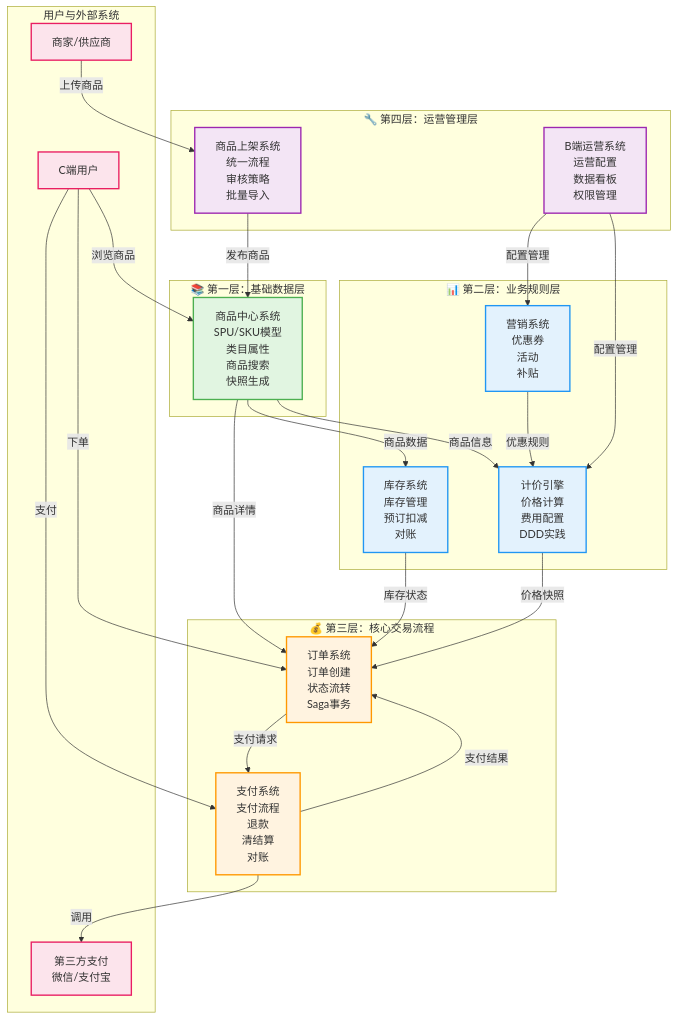
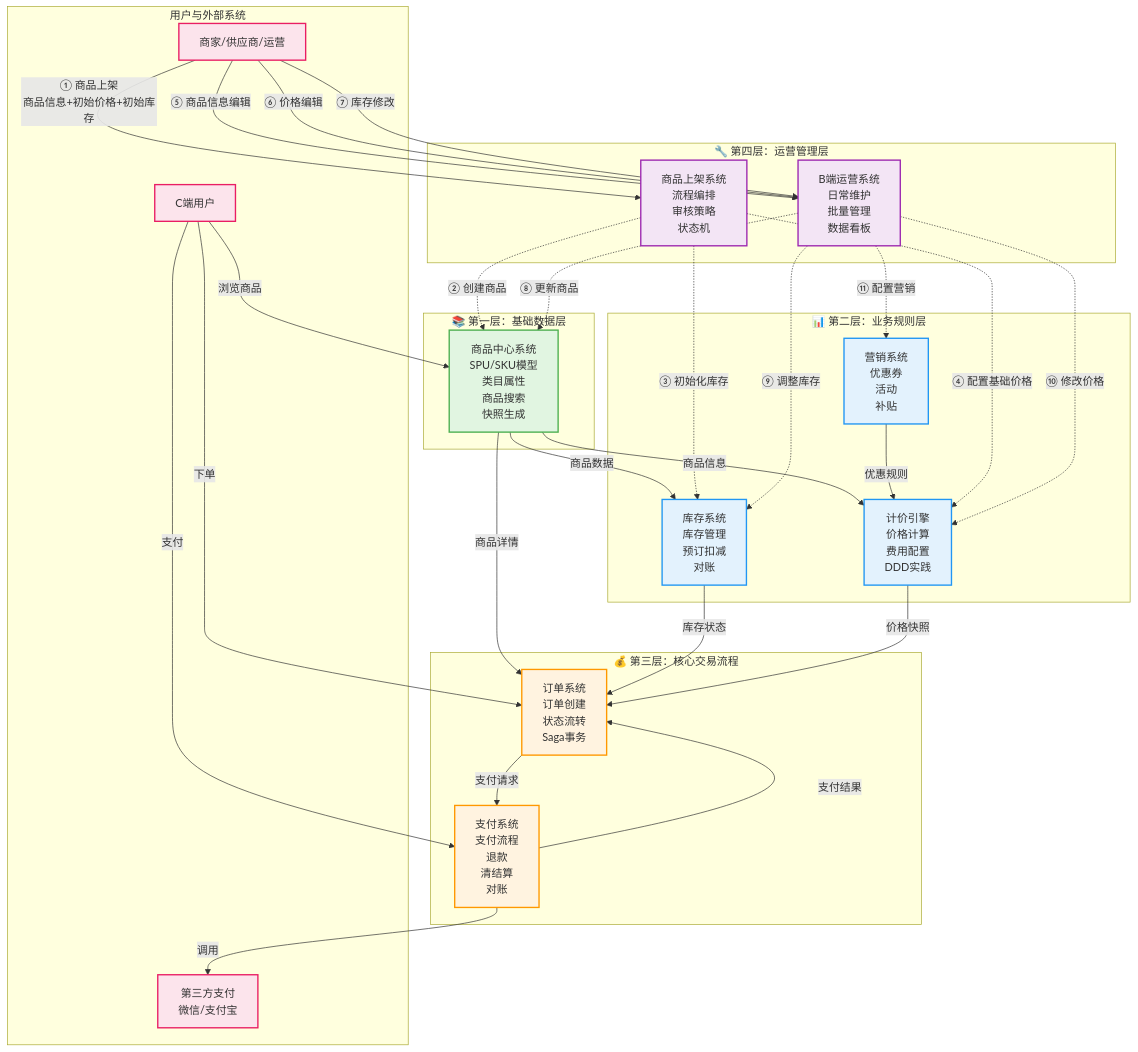
The first of 3 diagrams in source/_posts/system-design/20-ecommerce-overview.md (wxquare/wxquare.github.io), drawn with Mermaid before and after one commit. The commit also changed other lines of this file, not shown here.

First line of the commit message:
feat: 在分层架构图中集成B端商品生命周期操作流

````diff
--- a/source/_posts/system-design/20-ecommerce-overview.md
+++ b/source/_posts/system-design/20-ecommerce-overview.md
@@ -45,64 +45,72 @@
 ```mermaid
 graph TB
     subgraph Layer1[📚 第一层：基础数据层]
         PC[商品中心系统<br/>SPU/SKU模型<br/>类目属性<br/>商品搜索<br/>快照生成]
     end
     
     subgraph Layer2[📊 第二层：业务规则层]
         INV[库存系统<br/>库存管理<br/>预订扣减<br/>对账]
         MKT[营销系统<br/>优惠券<br/>活动<br/>补贴]
         PRICE[计价引擎<br/>价格计算<br/>费用配置<br/>DDD实践]
     end
     
     subgraph Layer3[💰 第三层：核心交易流程]
         ORDER[订单系统<br/>订单创建<br/>状态流转<br/>Saga事务]
         PAY[支付系统<br/>支付流程<br/>退款<br/>清结算<br/>对账]
     end
     
     subgraph Layer4[🔧 第四层：运营管理层]
-        LIST[商品上架系统<br/>统一流程<br/>审核策略<br/>批量导入]
-        OPS[B端运营系统<br/>运营配置<br/>数据看板<br/>权限管理]
+        LIST[商品上架系统<br/>流程编排<br/>审核策略<br/>状态机]
+        OPS[B端运营系统<br/>日常维护<br/>批量管理<br/>数据看板]
     end
     
     subgraph External[用户与外部系统]
         USER[C端用户]
-        MERCHANT[商家/供应商]
+        MERCHANT[商家/供应商/运营]
         THIRD[第三方支付<br/>微信/支付宝]
     end
     
-    %% 数据依赖关系
+    %% C端交易流程（蓝色实线）
     PC -->|商品数据| INV
     PC -->|商品信息| PRICE
     PC -->|商品详情| ORDER
-    
     INV -->|库存状态| ORDER
     MKT -->|优惠规则| PRICE
     PRICE -->|价格快照| ORDER
-    
     ORDER -->|支付请求| PAY
     PAY -->|支付结果| ORDER
     
-    LIST -->|发布商品| PC
-    OPS -->|配置管理| MKT
-    OPS -->|配置管理| PRICE
+    %% B端供给阶段：商品上架（橙色虚线）
+    MERCHANT -->|① 商品上架<br/>商品信息+初始价格+初始库存| LIST
+    LIST -.->|② 创建商品| PC
+    LIST -.->|③ 初始化库存| INV
+    LIST -.->|④ 配置基础价格| PRICE
     
-    %% 用户交互
-    MERCHANT -->|上传商品| LIST
+    %% B端管理阶段：日常维护（紫色虚线）
+    MERCHANT -->|⑤ 商品信息编辑| OPS
+    MERCHANT -->|⑥ 价格编辑| OPS
+    MERCHANT -->|⑦ 库存修改| OPS
+    OPS -.->|⑧ 更新商品| PC
+    OPS -.->|⑨ 调整库存| INV
+    OPS -.->|⑩ 修改价格| PRICE
+    OPS -.->|⑪ 配置营销| MKT
+    
+    %% C端用户交互
     USER -->|浏览商品| PC
     USER -->|下单| ORDER
     USER -->|支付| PAY
     PAY -->|调用| THIRD
     
     %% 样式
     classDef layer1 fill:#e1f5e1,stroke:#4caf50,stroke-width:2px
     classDef layer2 fill:#e3f2fd,stroke:#2196f3,stroke-width:2px
     classDef layer3 fill:#fff3e0,stroke:#ff9800,stroke-width:2px
     classDef layer4 fill:#f3e5f5,stroke:#9c27b0,stroke-width:2px
     classDef external fill:#fce4ec,stroke:#e91e63,stroke-width:2px
     
     class PC layer1
     class INV,MKT,PRICE layer2
     class ORDER,PAY layer3
     class LIST,OPS layer4
     class USER,MERCHANT,THIRD external
 ```
````
